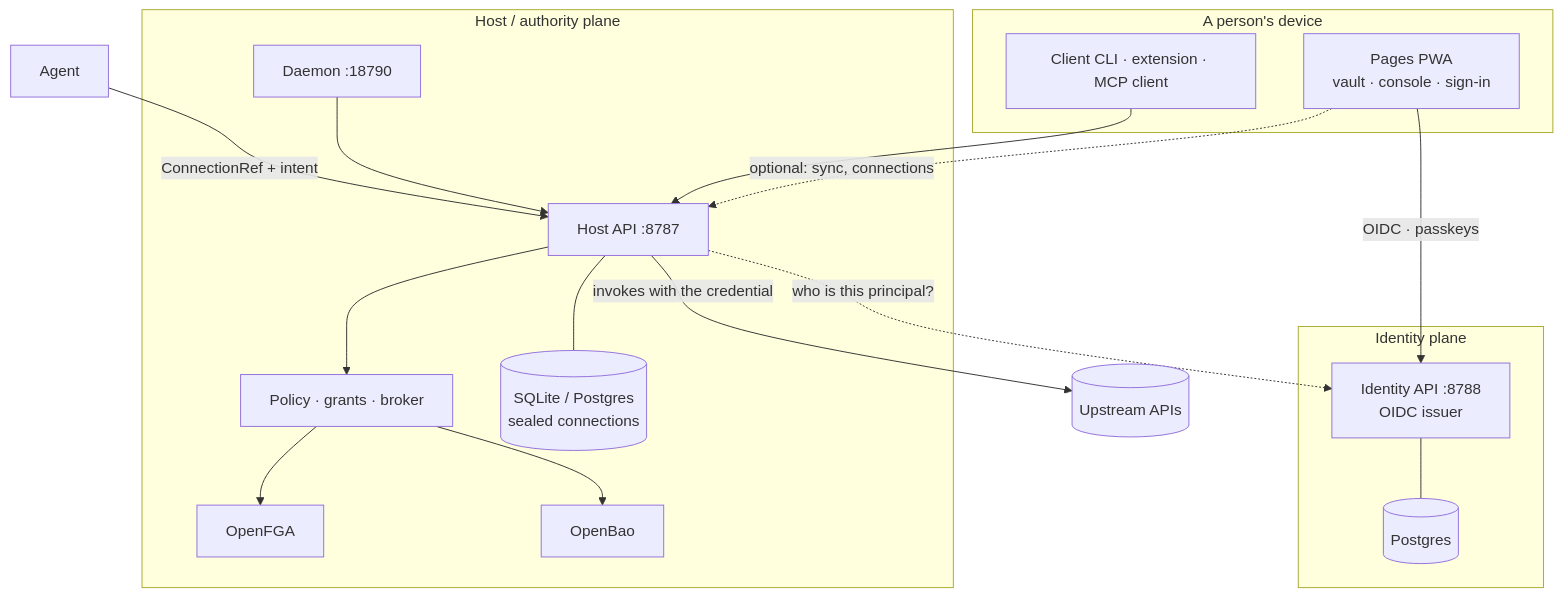
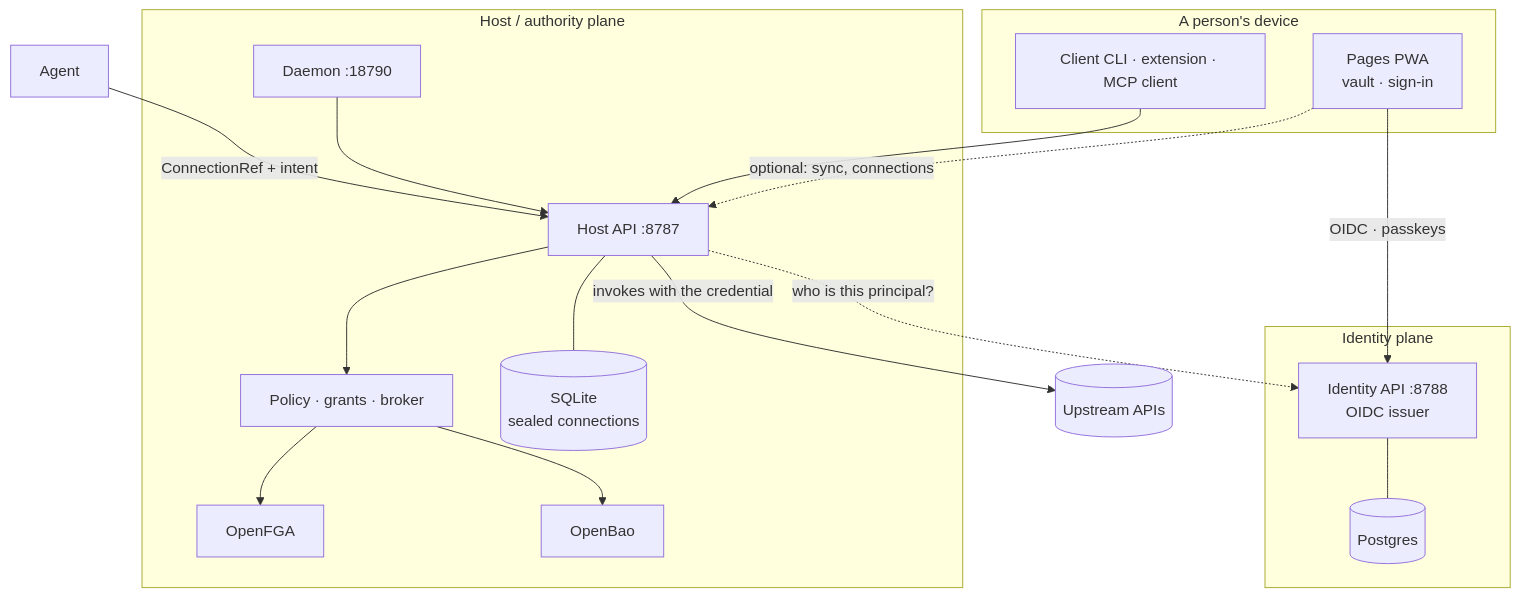
The diagram in docs/architecture/README.md (Tyler-R-Kendrick/OpenSesame), drawn with Mermaid before and after one commit. The commit also changed other lines of this file and 361 other files, not shown here.

````diff
--- a/docs/architecture/README.md
+++ b/docs/architecture/README.md
@@ -9,33 +9,33 @@
 ```mermaid
 flowchart TB
   subgraph Device["A person's device"]
-    PAGES["Pages PWA<br/>vault · console · sign-in"]
+    PAGES["Pages PWA<br/>vault · sign-in"]
     CLIENTS["Client CLI · extension · MCP client"]
   end
   subgraph IdentityPlane["Identity plane"]
     IDAPI["Identity API :8788<br/>OIDC issuer"]
     IDDB[("Postgres")]
   end
   subgraph HostPlane["Host / authority plane"]
     HOST["Host API :8787"]
     PEP["Policy · grants · broker"]
-    STORE[("SQLite / Postgres<br/>sealed connections")]
+    STORE[("SQLite<br/>sealed connections")]
     DAEMON["Daemon :18790"]
     FGA["OpenFGA"]
     BAO["OpenBao"]
   end
   AGENT["Agent"]
   UP[("Upstream APIs")]
 
   PAGES -- "OIDC · passkeys" --> IDAPI
   PAGES -. "optional: sync, connections" .-> HOST
   CLIENTS --> HOST
   IDAPI --- IDDB
   HOST --> PEP --> FGA
   HOST --- STORE
   PEP --> BAO
   DAEMON --> HOST
   AGENT -- "ConnectionRef + intent" --> HOST
   HOST -- "invokes with the credential" --> UP
   HOST -. "who is this principal?" .-> IDAPI
 ```
````
